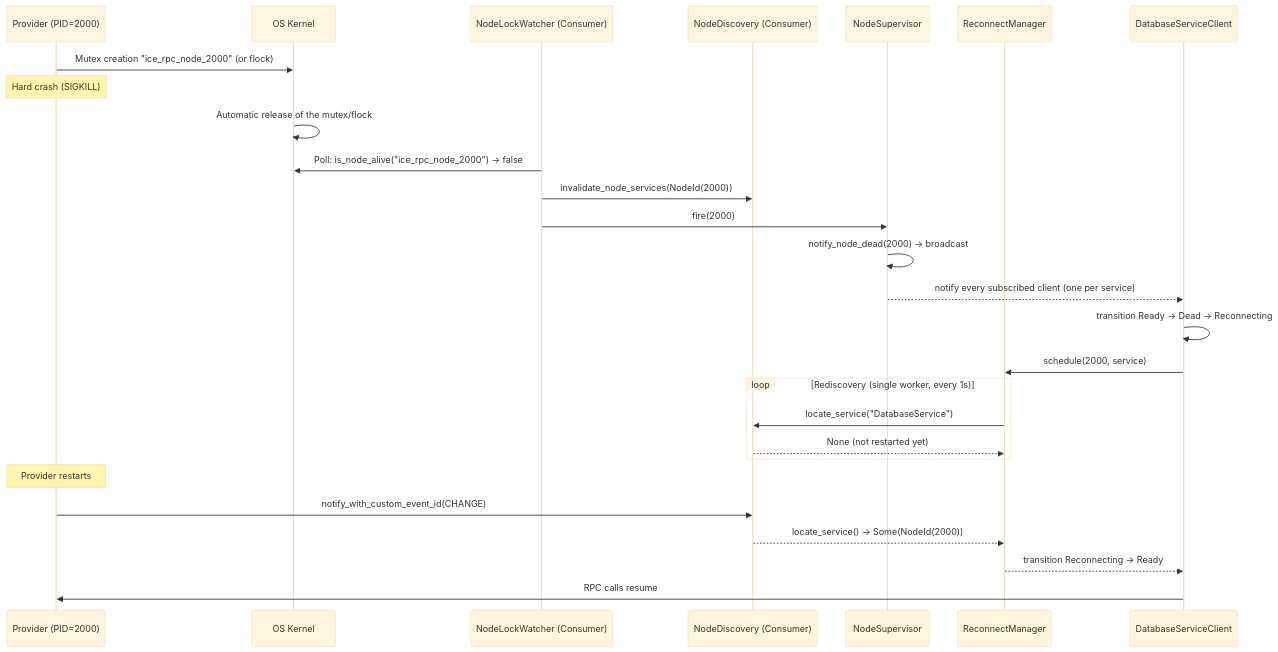
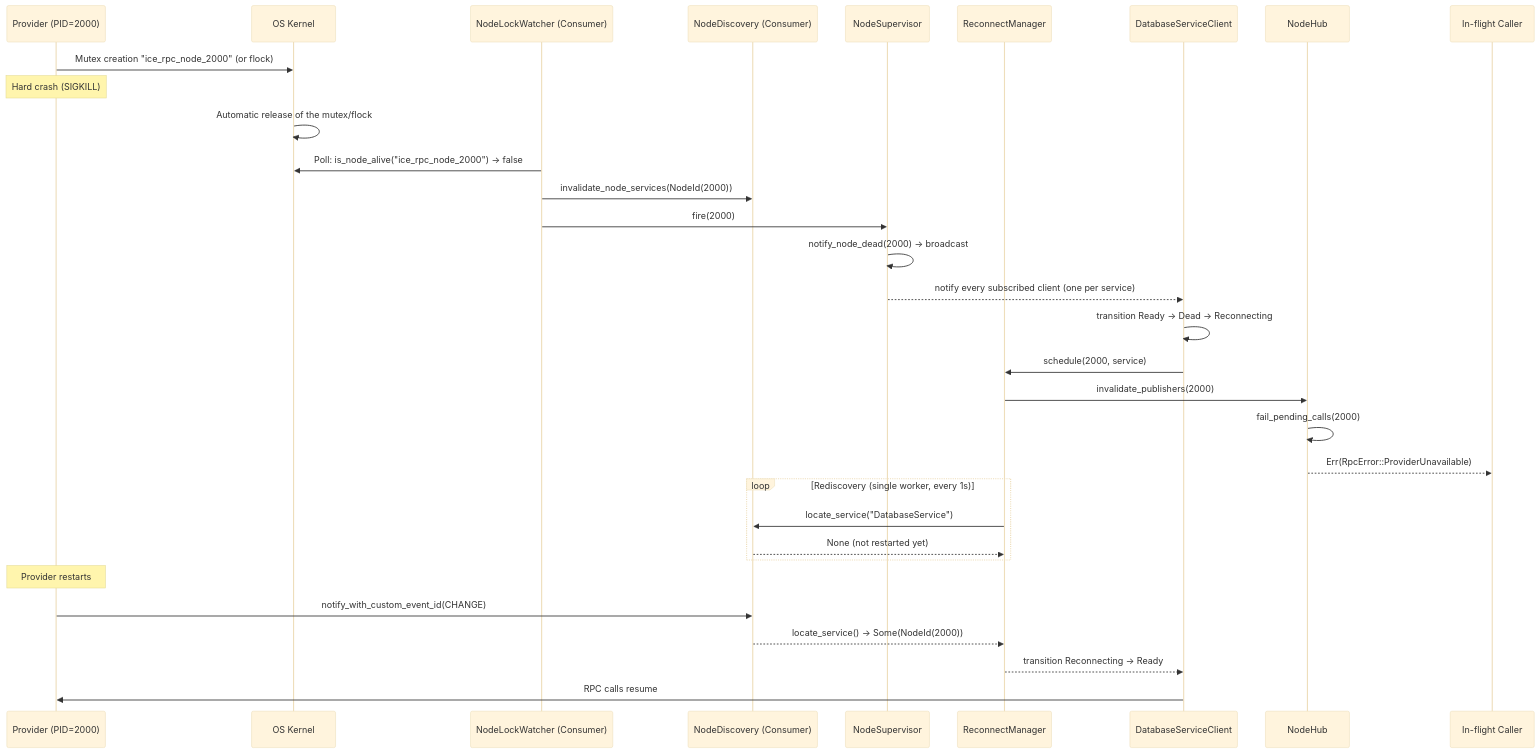
One commit to max3163/ice-rpc changed the fourth of 4 diagrams in Readme.md. Above: the diagram before and after it, drawn with Mermaid (base theme). The commit also changed other lines of this file and 3 other files, not shown here.

````diff
--- a/Readme.md
+++ b/Readme.md
@@ -105,30 +105,35 @@
 ```mermaid
 sequenceDiagram
     participant P as Provider (PID=2000)
     participant Kernel as OS Kernel
     participant WL as NodeLockWatcher (Consumer)
     participant ND as NodeDiscovery (Consumer)
     participant S as NodeSupervisor
     participant RM as ReconnectManager
     participant Client as DatabaseServiceClient
+    participant H as NodeHub
+    participant C as In-flight Caller
 
     P->>Kernel: Mutex creation "ice_rpc_node_2000" (or flock)
     Note over P: Hard crash (SIGKILL)
     Kernel->>Kernel: Automatic release of the mutex/flock
     WL->>Kernel: Poll: is_node_alive("ice_rpc_node_2000") → false
     WL->>ND: invalidate_node_services(NodeId(2000))
     WL->>S: fire(2000)
     S->>S: notify_node_dead(2000) → broadcast
     S-->>Client: notify every subscribed client (one per service)
     Client->>Client: transition Ready → Dead → Reconnecting
     Client->>RM: schedule(2000, service)
+    RM->>H: invalidate_publishers(2000)
+    H->>H: fail_pending_calls(2000)
+    H-->>C: Err(RpcError::ProviderUnavailable)
     loop Rediscovery (single worker, every 1s)
         RM->>ND: locate_service("DatabaseService")
         ND-->>RM: None (not restarted yet)
     end
     Note over P: Provider restarts
     P->>ND: notify_with_custom_event_id(CHANGE)
     ND-->>RM: locate_service() → Some(NodeId(2000))
     RM-->>Client: transition Reconnecting → Ready
     Client->>P: RPC calls resume
 ```
````
